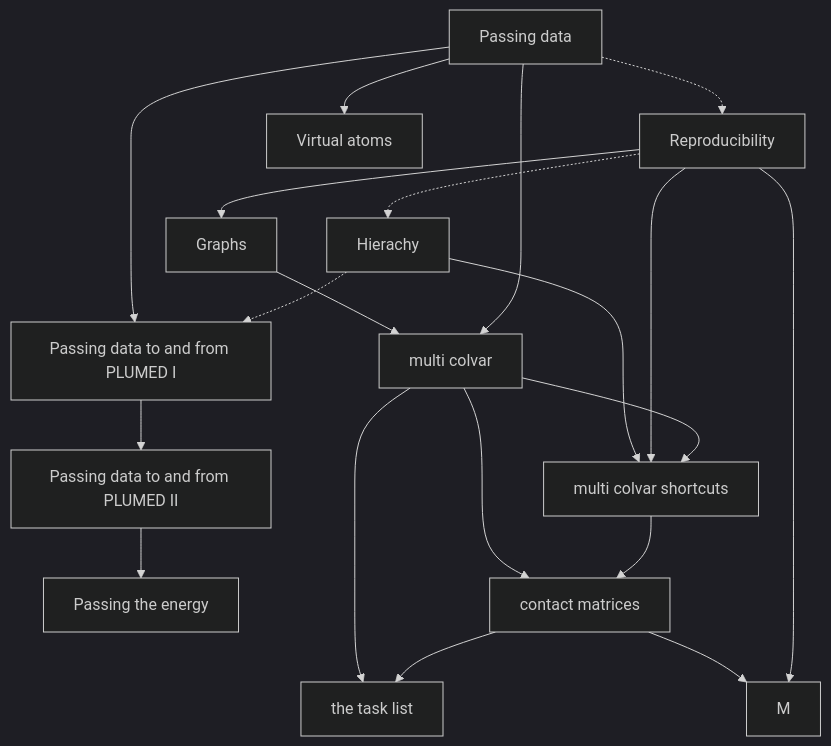
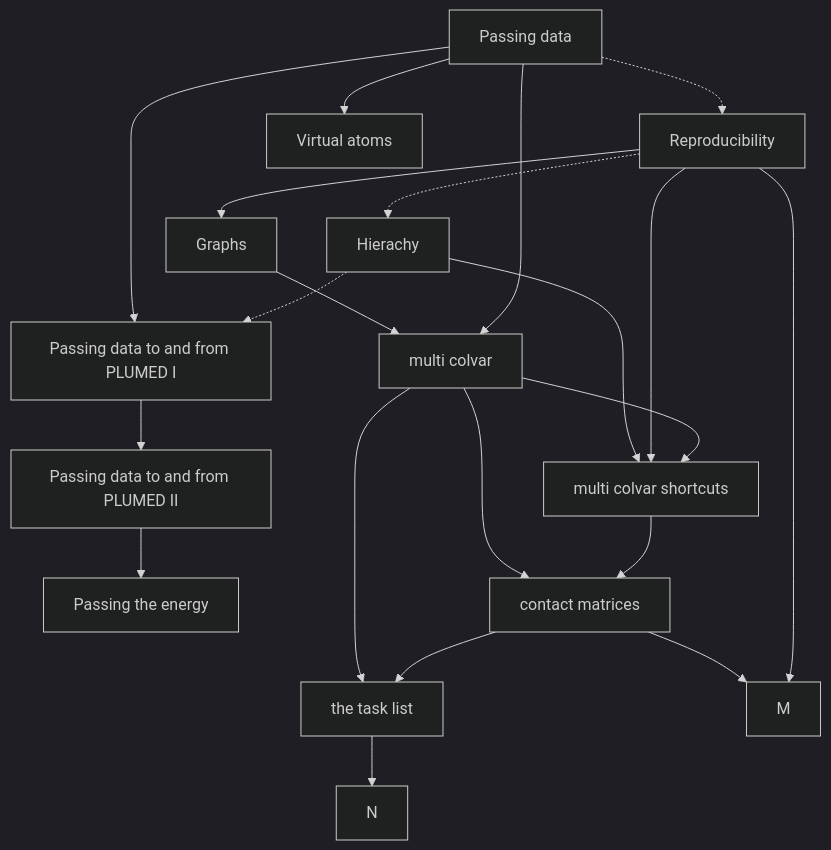
One commit to gtribello/plumed-thoughts changed the diagram in NAVIGATION.md. Above: the diagram before and after it, drawn with Mermaid (dark theme). The commit also changed 1 other file, not shown here.

Commit message:
Added first parts of Steinhardt blog article

````diff
--- a/NAVIGATION.md
+++ b/NAVIGATION.md
@@ -21,35 +21,37 @@
 ```mermaid
 flowchart TB;
   A[Passing data] -.-> B[Reproducibility];
   B -.-> C[Hierachy];
   C -.-> D[Passing data to and from PLUMED I];
   D --> E[Passing data to and from PLUMED II];
   A --> D;
   E --> F[Passing the energy];
   A --> G[Virtual atoms]
   B --> H[Graphs]
   A --> I[multi colvar]
   H --> I
   I --> J[multi colvar shortcuts]
   B --> J
   C --> J
   J --> K[contact matrices]
   I --> K
   K --> L[the task list]
   I --> L
   B --> M
   K --> M
+  L --> N
   click A "Passing.md" "8th May 2023: General thoughts about how data is passed between PLUMED actions";
   click B "Reproducibility.md" "8th May 2023: General thoughts about why we want to do calculations that are reproducibile";
   click C "Community.md" "8th May 2023: General thoughts about how we support communities of scholars"
   click D "MDInterfaceI.md" "8th May 2023: A description of how data is passed to and from PLUMED"
   click E "MDInterfaceII.md" "21st May 2023: A description of how atomic properties are passed to and from PLUMED"
   click F "PassingEnergy.md" "21st May 2023: A description of how potential energy is passed to PLUMED"
   click G "VirtualAtoms.md" "22nd May 2023: A description of how virtual atom positions are passed between Actions in PLUMED"
   click H "Graphs.md" "1st June 2023: A description of the way we can use graphs to illustrate PLUMED input files"
   click I "MultiColvar.md" "1st June 2023: An explaination of how multicolvar is implemented"
   click J "MultiColvarShortcut.md" "9th June 2023: An explanation of how backwards compatibility for MultiColvar has been ensured and an introduction to ActionShortcut"
   click K "contactMatrix.md" "12th June 2023: An explanation of how coordination numbers and contact maps can be used to construct CVs"
   click L "Tasks.md" "13th June 2023: More details on how the task list are used in the calculation of MultiColvars and contact matrix based CVs"
   click M "Sprint.md" "3rd July 2023: Details on how SPRINT collective variables are implemented using shortcuts"
+  click N "Steinhardt.md" "13th September 2023: An explanation of how Steinhardt parameters are implemented in PLUMED"
 ```
````
